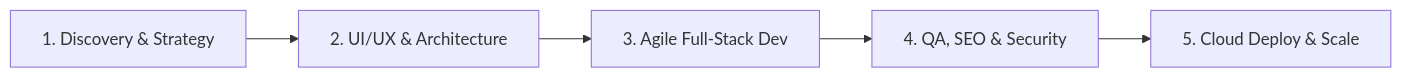
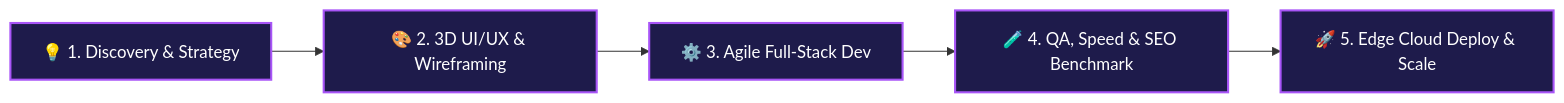
The diagram in README.md (Solution-tech1/SolutionTech-Portfolio), drawn with Mermaid before and after one commit. The commit also changed other lines of this file, not shown here.

````diff
--- a/README.md
+++ b/README.md
@@ -161,7 +227,8 @@
 ```mermaid
 graph LR
-    A[1. Discovery & Strategy] --> B[2. UI/UX & Architecture]
-    B --> C[3. Agile Full-Stack Dev]
-    C --> D[4. QA, SEO & Security]
-    D --> E[5. Cloud Deploy & Scale]
+    classDef step fill:#1e1b4b,stroke:#a855f7,stroke-width:2px,color:#fff;
+    A[💡 1. Discovery & Strategy]:::step --> B[🎨 2. 3D UI/UX & Wireframing]:::step
+    B --> C[⚙️ 3. Agile Full-Stack Dev]:::step
+    C --> D[🧪 4. QA, Speed & SEO Benchmark]:::step
+    D --> E[🚀 5. Edge Cloud Deploy & Scale]:::step
 ```
````
